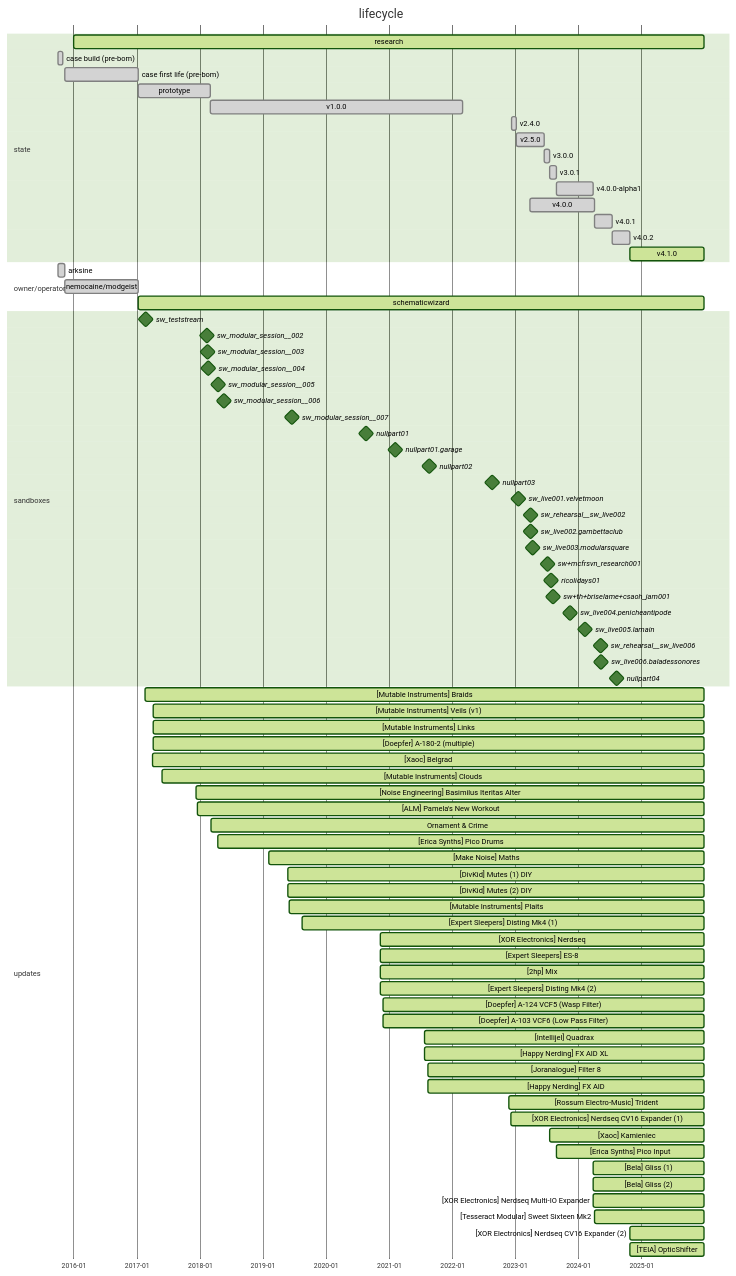
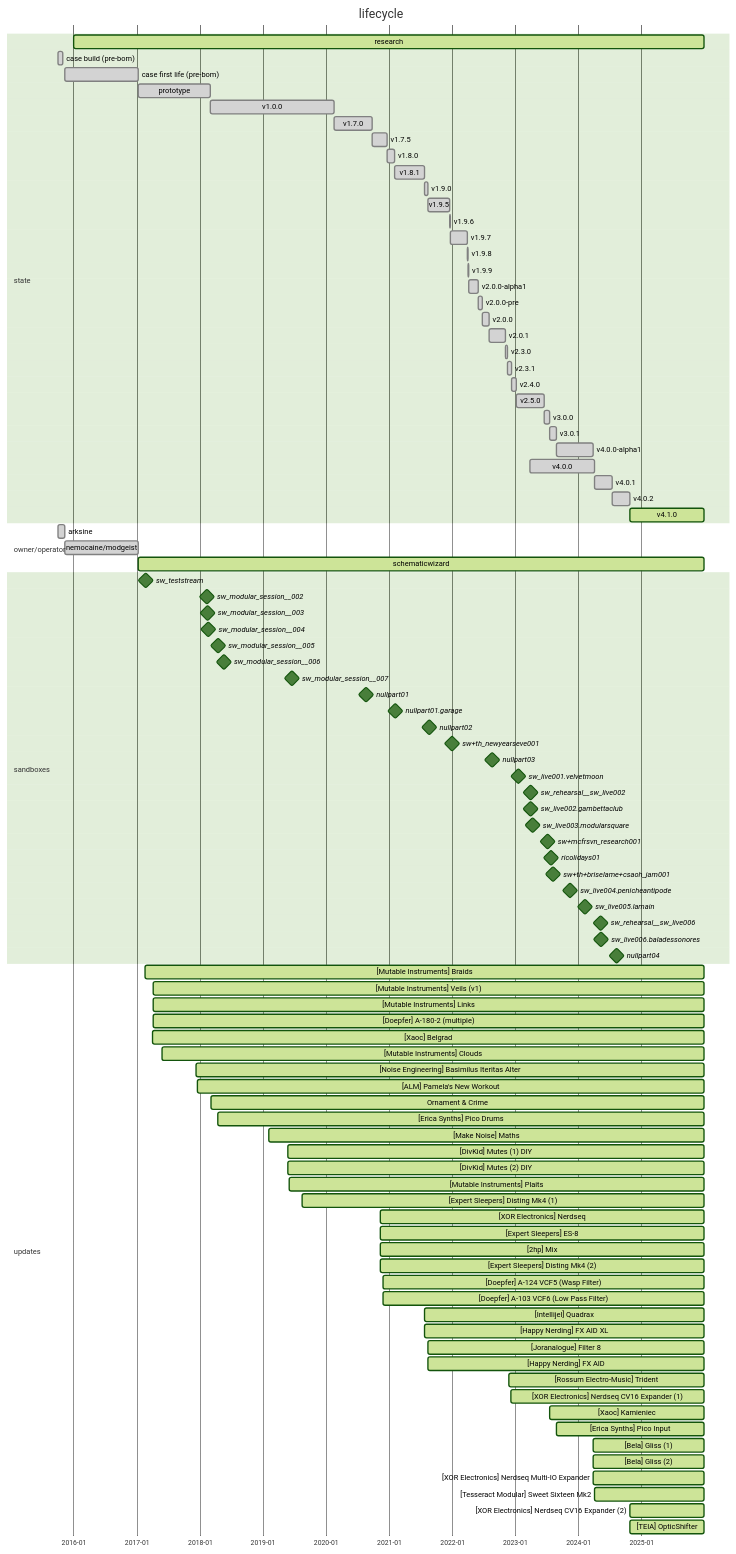
One commit to bill-of-materials/data changed the diagram in ELEMENTS/ELM-0002/README.md. Above: the diagram before and after it, drawn with Mermaid (forest theme). The commit also changed other lines of this file and 99 other files, not shown here.

```diff
--- a/ELEMENTS/ELM-0002/README.md
+++ b/ELEMENTS/ELM-0002/README.md
@@ -274,7 +274,23 @@
   case build (pre-bom)       :done,      2015-10-01, 2015-10-27
   case first life (pre-bom)  :done,      2015-11-11, 2017-01-07
   prototype                  :done,      2017-01-07, 2018-03-01
-  v1.0.0                     :done,      2018-03-01, 2022-03-01
+  v1.0.0                     :done,      2018-03-01, 2020-02-16
+  v1.7.0                     :done,      2020-02-16, 2020-09-25
+  v1.7.5                     :done,      2020-09-25, 2020-12-20
+  v1.8.0                     :done,      2020-12-20, 2021-02-01
+  v1.8.1                     :done,      2021-02-01, 2021-07-24
+  v1.9.0                     :done,      2021-07-24, 2021-08-13
+  v1.9.5                     :done,      2021-08-13, 2021-12-18
+  v1.9.6                     :done,      2021-12-18, 2021-12-23
+  v1.9.7                     :done,      2021-12-23, 2022-04-01
+  v1.9.8                     :done,      2022-04-01, 2022-04-03
+  v1.9.9                     :done,      2022-04-03, 2022-04-07
+  v2.0.0-alpha1              :done,      2022-04-07, 2022-06-03
+  v2.0.0-pre                 :done,      2022-06-03, 2022-06-26
+  v2.0.0                     :done,      2022-06-26, 2022-08-05
+  v2.0.1                     :done,      2022-08-05, 2022-11-07
+  v2.3.0                     :done,      2022-11-07, 2022-11-20
+  v2.3.1                     :done,      2022-11-20, 2022-12-10
   v2.4.0                     :done,      2022-12-10, 2023-01-07
   v2.5.0                     :done,      2023-01-07, 2023-06-20
   v3.0.0                     :done,      2023-06-20, 2023-07-20
@@ -301,6 +317,7 @@
   nullpart01                   :milestone, 2020-08-14, 2020-08-28
   nullpart01.garage            :milestone, 2021-02-06, 2021-02-07
   nullpart02                   :milestone, 2021-08-14, 2021-08-28
+  sw+th_newyearseve001         :milestone, 2021-12-31, 1d
   nullpart03                   :milestone, 2022-08-14, 2022-08-28
   sw_live001.velvetmoon        :milestone, 2023-01-21, 1d
   sw_rehearsal__sw_live002     :milestone, 2023-03-31, 1d
```
